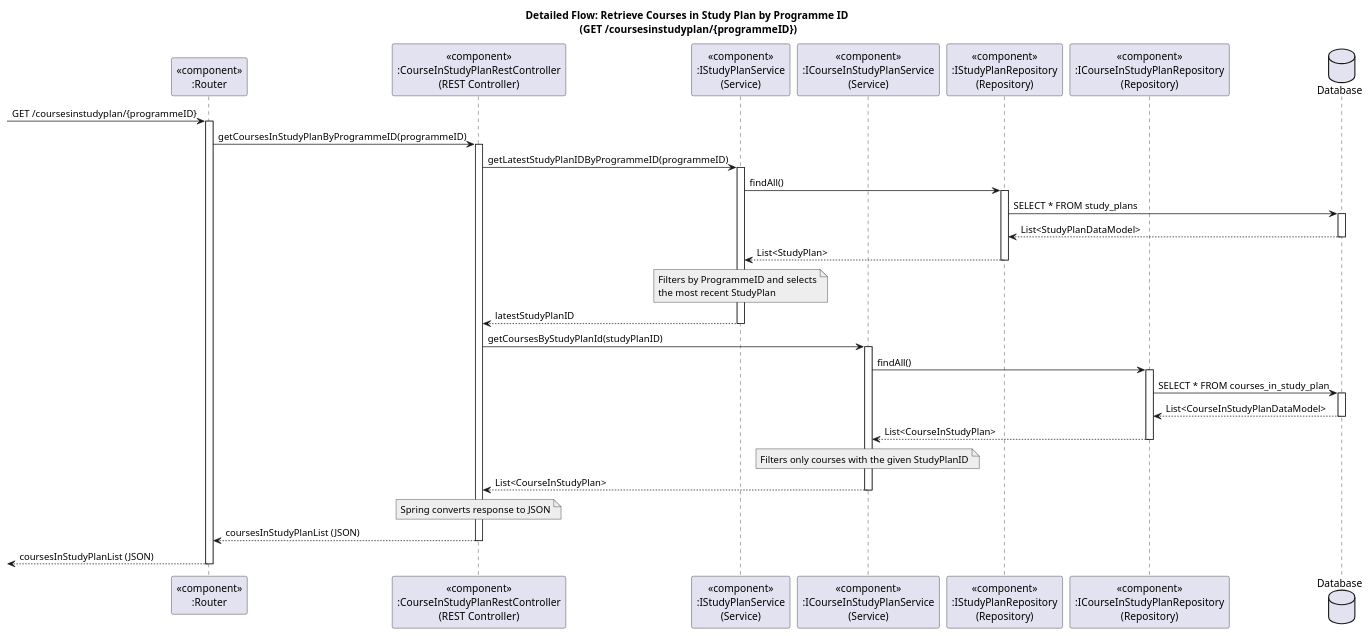
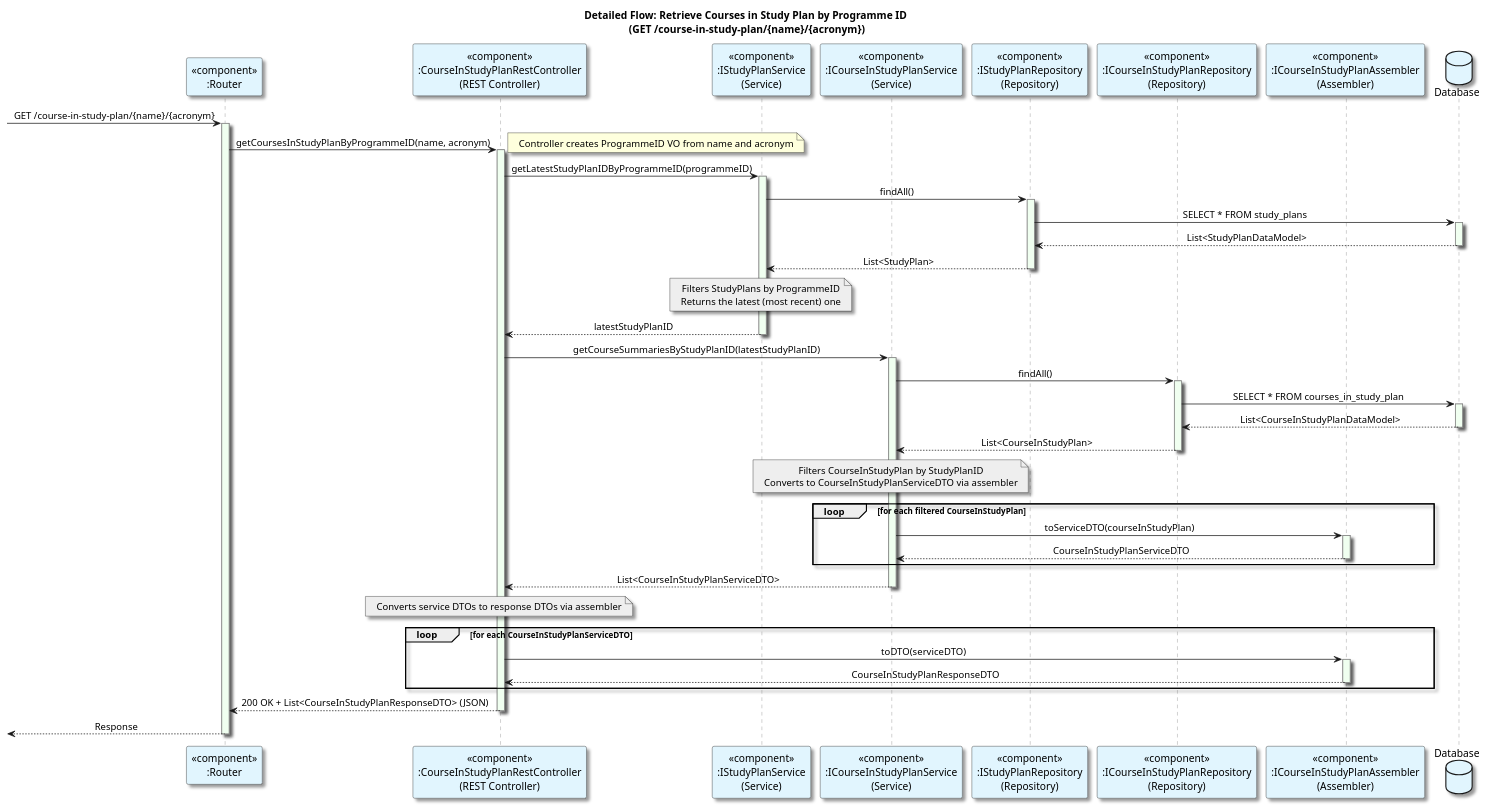
Before and after one commit to GasparISEP/DevOps-PAI: the diagram in docs/US19/Sprint6_RestAPI/ProcessView/references/Reference3_ListOfCoursesInStudyPlan.puml, drawn with PlantUML. The commit also changed 4 other files, not shown here.

Commit message:
[docs] Update all 4 Level 3 process view detailed flow diagrams (references) for createCourseEdition to reflect updated methods logic that decouples controller from domain, and simplify focus on essential flow (Refs: #536, #549)

```diff
--- a/docs/US19/Sprint6_RestAPI/ProcessView/references/Reference3_ListOfCoursesInStudyPlan.puml
+++ b/docs/US19/Sprint6_RestAPI/ProcessView/references/Reference3_ListOfCoursesInStudyPlan.puml
@@ -1,69 +1,94 @@
 @startuml
-title Detailed Flow: Retrieve Courses in Study Plan by Programme ID \n(GET /coursesinstudyplan/{programmeID})
+title Detailed Flow: Retrieve Courses in Study Plan by Programme ID \n(GET /course-in-study-plan/{name}/{acronym})
+skinparam sequence {
+    LifeLineBorderColor Grey
+    LifeLineBackgroundColor HoneyDew
+}
+skinparam defaultTextAlignment center
+skinparam shadowing true
+participant "<<component>>\n:Router" as Router #E1F5FE
+participant "<<component>>\n:CourseInStudyPlanRestController\n(REST Controller)" as Controller #E1F5FE
+participant "<<component>>\n:IStudyPlanService\n(Service)" as SPService #E1F5FE
+participant "<<component>>\n:ICourseInStudyPlanService\n(Service)" as CSPService #E1F5FE
+participant "<<component>>\n:IStudyPlanRepository\n(Repository)" as StudyPlanRepo #E1F5FE
+participant "<<component>>\n:ICourseInStudyPlanRepository\n(Repository)" as CourseInSPRepo #E1F5FE
+participant "<<component>>\n:ICourseInStudyPlanAssembler\n(Assembler)" as Assembler #E1F5FE
+database "Database" as DB #E1F5FE
 
-participant "<<component>>\n:Router" as Router
-participant "<<component>>\n:CourseInStudyPlanRestController\n(REST Controller)" as Controller
-participant "<<component>>\n:IStudyPlanService\n(Service)" as SPService
-participant "<<component>>\n:ICourseInStudyPlanService\n(Service)" as CSPService
-participant "<<component>>\n:IStudyPlanRepository\n(Repository)" as StudyPlanRepo
-participant "<<component>>\n:ICourseInStudyPlanRepository\n(Repository)" as CourseInSPRepo
-database "Database" as DB
-
--> Router: GET /coursesinstudyplan/{programmeID}
+-> Router: GET /course-in-study-plan/{name}/{acronym}
 activate Router
 
-Router -> Controller: getCoursesInStudyPlanByProgrammeID(programmeID)
+Router -> Controller: getCoursesInStudyPlanByProgrammeID(name, acronym)
 activate Controller
+
+note right: Controller creates ProgrammeID VO from name and acronym
 
 Controller -> SPService: getLatestStudyPlanIDByProgrammeID(programmeID)
 activate SPService
 
 SPService -> StudyPlanRepo: findAll()
 activate StudyPlanRepo
 
 StudyPlanRepo -> DB: SELECT * FROM study_plans
 activate DB
 DB --> StudyPlanRepo: List<StudyPlanDataModel>
 deactivate DB
+
 StudyPlanRepo --> SPService: List<StudyPlan>
 deactivate StudyPlanRepo
 
 note over SPService #EEEEEE
-Filters by ProgrammeID and selects
-the most recent StudyPlan
+Filters StudyPlans by ProgrammeID
+Returns the latest (most recent) one
 end note
 
 SPService --> Controller: latestStudyPlanID
 deactivate SPService
 
-Controller -> CSPService: getCoursesByStudyPlanId(studyPlanID)
+Controller -> CSPService: getCourseSummariesByStudyPlanID(latestStudyPlanID)
 activate CSPService
 
 CSPService -> CourseInSPRepo: findAll()
 activate CourseInSPRepo
 
 CourseInSPRepo -> DB: SELECT * FROM courses_in_study_plan
 activate DB
 DB --> CourseInSPRepo: List<CourseInStudyPlanDataModel>
 deactivate DB
+
 CourseInSPRepo --> CSPService: List<CourseInStudyPlan>
 deactivate CourseInSPRepo
 
 note over CSPService #EEEEEE
-Filters only courses with the given StudyPlanID
+Filters CourseInStudyPlan by StudyPlanID
+Converts to CourseInStudyPlanServiceDTO via assembler
 end note
 
-CSPService --> Controller: List<CourseInStudyPlan>
+loop for each filtered CourseInStudyPlan
+    CSPService -> Assembler: toServiceDTO(courseInStudyPlan)
+    activate Assembler
+    Assembler --> CSPService: CourseInStudyPlanServiceDTO
+    deactivate Assembler
+end
+
+CSPService --> Controller: List<CourseInStudyPlanServiceDTO>
 deactivate CSPService
 
 note over Controller #EEEEEE
-Spring converts response to JSON
+Converts service DTOs to response DTOs via assembler
 end note
 
-Controller --> Router: coursesInStudyPlanList (JSON)
+loop for each CourseInStudyPlanServiceDTO
+    Controller -> Assembler: toDTO(serviceDTO)
+    activate Assembler
+    Assembler --> Controller: CourseInStudyPlanResponseDTO
+    deactivate Assembler
+end
+
+Controller --> Router: 200 OK + List<CourseInStudyPlanResponseDTO> (JSON)
 deactivate Controller
 
-<-- Router: coursesInStudyPlanList (JSON)
+<-- Router: Response
 deactivate Router
 
 @enduml
```
